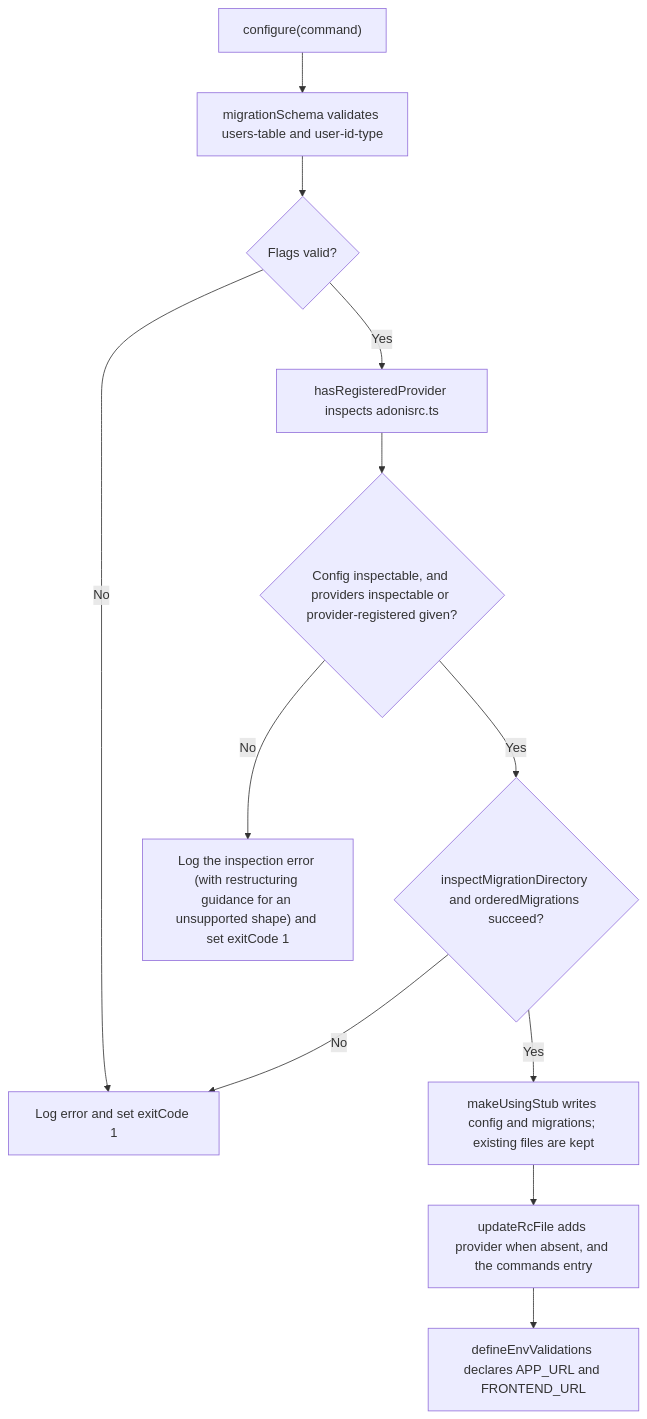
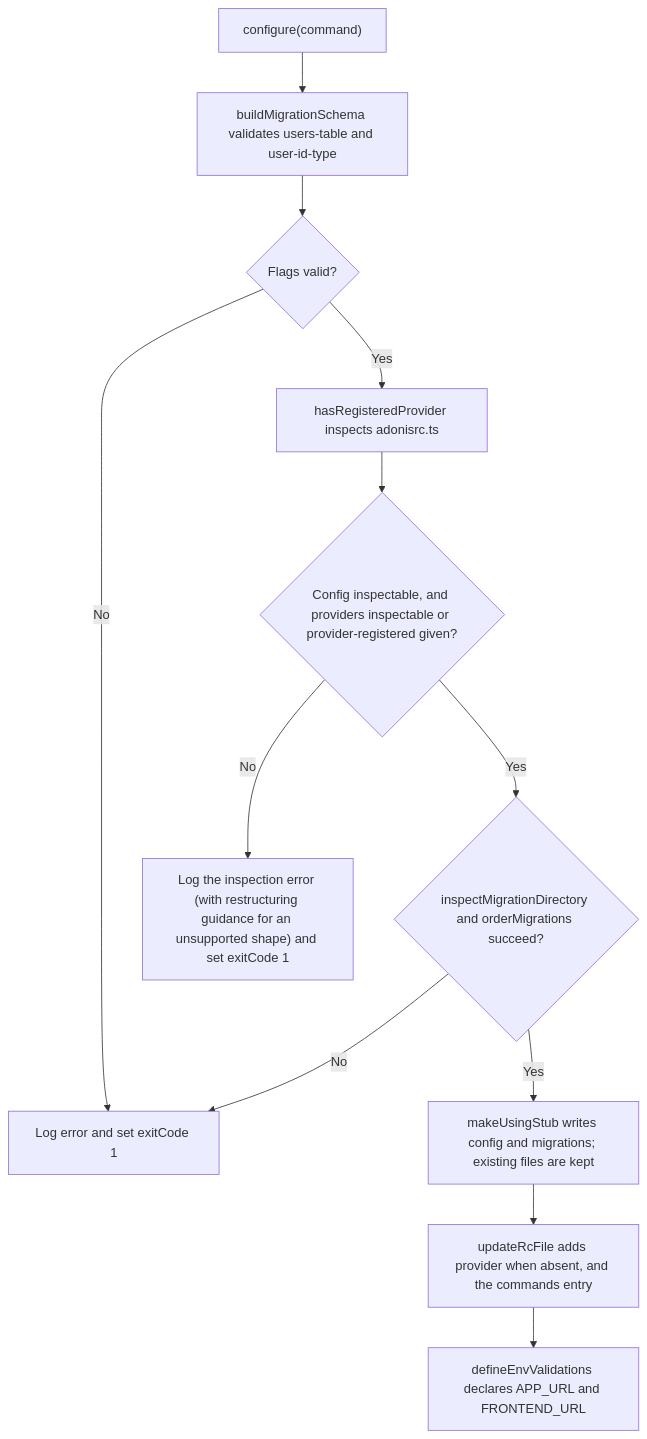
One commit to Kevinjohn/oss-adonisjs-account-kit changed the second of 2 diagrams in user-stories/US-ACCOUNT-60-install-account-kit-package.md. Above: the diagram before and after it, drawn with Mermaid. The commit also changed other lines of this file and 29 other files, not shown here.

````diff
--- a/user-stories/US-ACCOUNT-60-install-account-kit-package.md
+++ b/user-stories/US-ACCOUNT-60-install-account-kit-package.md
@@ -47,14 +47,14 @@
 ```mermaid
 flowchart TD
-    A["configure(command)"] --> B["migrationSchema validates users-table and user-id-type"]
+    A["configure(command)"] --> B["buildMigrationSchema validates users-table and user-id-type"]
     B --> C{"Flags valid?"}
     C -->|No| D["Log error and set exitCode 1"]
     C -->|Yes| E["hasRegisteredProvider inspects adonisrc.ts"]
     E --> F{"Config inspectable, and providers inspectable or provider-registered given?"}
     F -->|No| G["Log the inspection error (with restructuring guidance for an unsupported shape) and set exitCode 1"]
-    F -->|Yes| M{"inspectMigrationDirectory and orderedMigrations succeed?"}
+    F -->|Yes| M{"inspectMigrationDirectory and orderMigrations succeed?"}
     M -->|No| D
     M -->|Yes| H["makeUsingStub writes config and migrations; existing files are kept"]
     H --> I["updateRcFile adds provider when absent, and the commands entry"]
     I --> J["defineEnvValidations declares APP_URL and FRONTEND_URL"]
 ```
````
